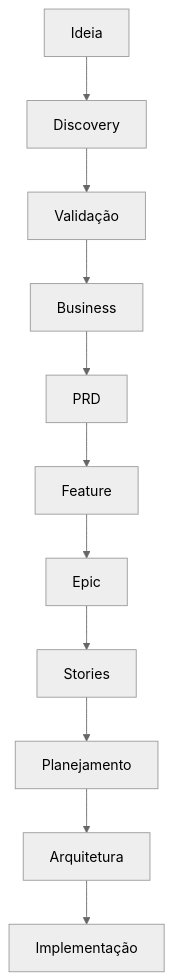
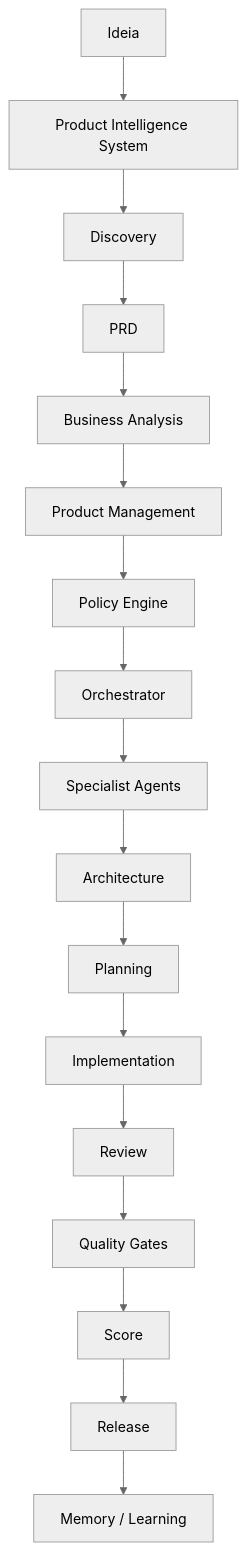
The diagram in product-intelligence/PRODUCT_PIPELINE.md (thyags/method-ceip), drawn with Mermaid (neutral theme) before and after one commit. The commit also changed other lines of this file and 57 other files, not shown here.

````diff
--- a/product-intelligence/PRODUCT_PIPELINE.md
+++ b/product-intelligence/PRODUCT_PIPELINE.md
@@ -9,13 +9,19 @@
 ```mermaid
 flowchart TD
-    A["Ideia"] --> B["Discovery"]
-    B --> C["Validação"]
-    C --> D["Business"]
-    D --> E["PRD"]
-    E --> F["Feature"]
-    F --> G["Epic"]
-    G --> H["Stories"]
-    H --> I["Planejamento"]
-    I --> J["Arquitetura"]
-    J --> K["Implementação"]
+    A["Ideia"] --> B["Product Intelligence System"]
+    B --> C["Discovery"]
+    C --> D["PRD"]
+    D --> E["Business Analysis"]
+    E --> F["Product Management"]
+    F --> G["Policy Engine"]
+    G --> H["Orchestrator"]
+    H --> I["Specialist Agents"]
+    I --> J["Architecture"]
+    J --> K["Planning"]
+    K --> L["Implementation"]
+    L --> M["Review"]
+    M --> N["Quality Gates"]
+    N --> O["Score"]
+    O --> P["Release"]
+    P --> Q["Memory / Learning"]
 ```
````
